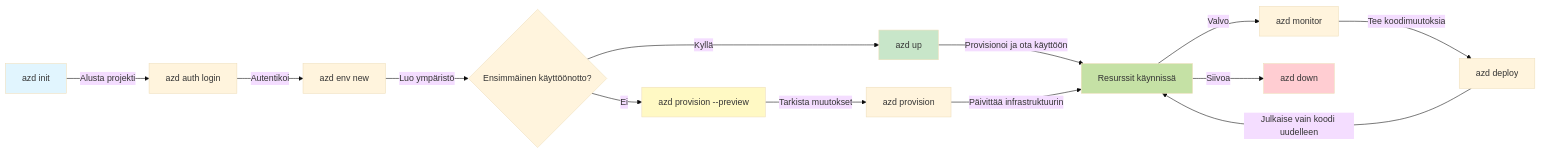
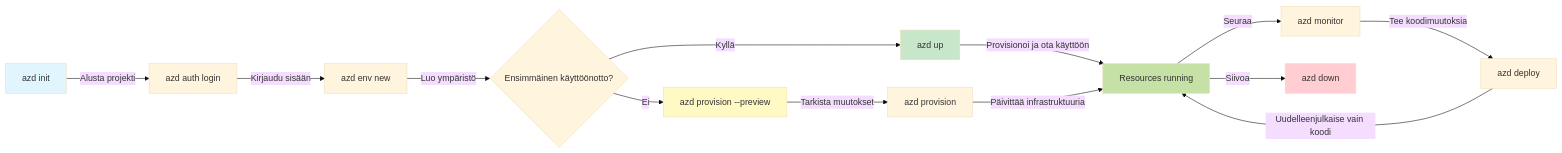
Before and after one commit to microsoft/AZD-for-beginners: the first of 2 diagrams in translations/fi/docs/chapter-01-foundation/azd-basics.md, drawn with Mermaid (base theme). The commit also changed other lines of this file and 104 other files, not shown here.

````diff
--- a/translations/fi/docs/chapter-01-foundation/azd-basics.md
+++ b/translations/fi/docs/chapter-01-foundation/azd-basics.md
@@ -269,21 +269,21 @@
 ```mermaid
 graph LR
     A[azd init] -->|Alusta projekti| B[azd auth login]
-    B -->|Autentikoi| C[azd env new]
+    B -->|Kirjaudu sisään| C[azd env new]
     C -->|Luo ympäristö| D{Ensimmäinen käyttöönotto?}
     D -->|Kyllä| E[azd up]
     D -->|Ei| F[azd provision --preview]
     F -->|Tarkista muutokset| G[azd provision]
-    E -->|Provisionoi ja ota käyttöön| H[Resurssit käynnissä]
-    G -->|Päivittää infrastruktuurin| H
-    H -->|Valvo| I[azd monitor]
+    E -->|Provisionoi ja ota käyttöön| H[Resources running]
+    G -->|Päivittää infrastruktuuria| H
+    H -->|Seuraa| I[azd monitor]
     I -->|Tee koodimuutoksia| J[azd deploy]
-    J -->|Julkaise vain koodi uudelleen| H
+    J -->|Uudelleenjulkaise vain koodi| H
     H -->|Siivoa| K[azd down]
     
     style A fill:#e1f5fe
     style E fill:#c8e6c9
     style F fill:#fff9c4
     style H fill:#c5e1a5
     style K fill:#ffcdd2
 ```
````
